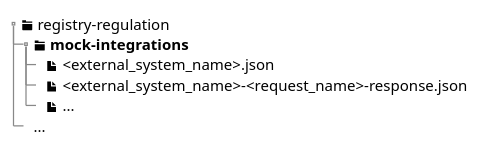
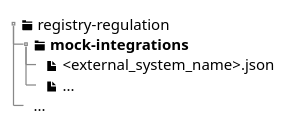
One commit to epam/edp-ddm-architecture changed the third of 3 diagrams in modules/arch/pages/architecture-workspace/platform-evolution/custom-mocking-wiremock.adoc. Above: the diagram before and after it, drawn with PlantUML. The commit also changed other lines of this file and 2 other files, not shown here.

```diff
--- a/modules/arch/pages/architecture-workspace/platform-evolution/custom-mocking-wiremock.adoc
+++ b/modules/arch/pages/architecture-workspace/platform-evolution/custom-mocking-wiremock.adoc
@@ -141,15 +174,14 @@
 [plantuml, mock-integrations-regulation-structure, svg]
 ----
 @startsalt
 {
 {T
 + <&folder> registry-regulation
 ++ <&folder> <b>mock-integrations</b>
 +++ <&file> <external_system_name>.json
-+++ <&file> <external_system_name>-<request_name>-response.json
 +++ <&file> ...
 ++ ...
 }
 }
 @endsalt
 ----
```
